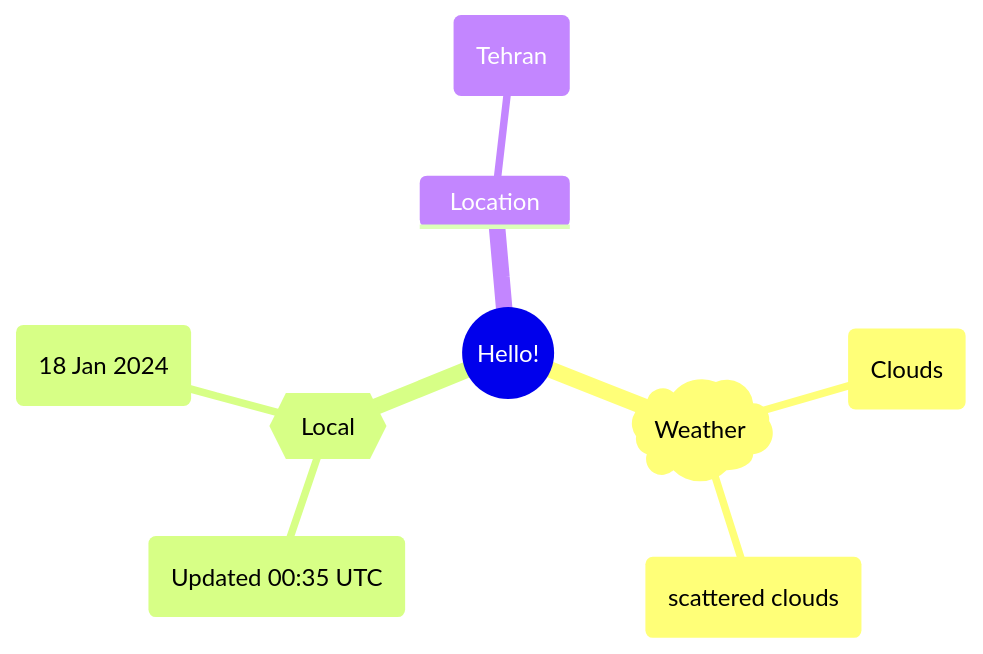
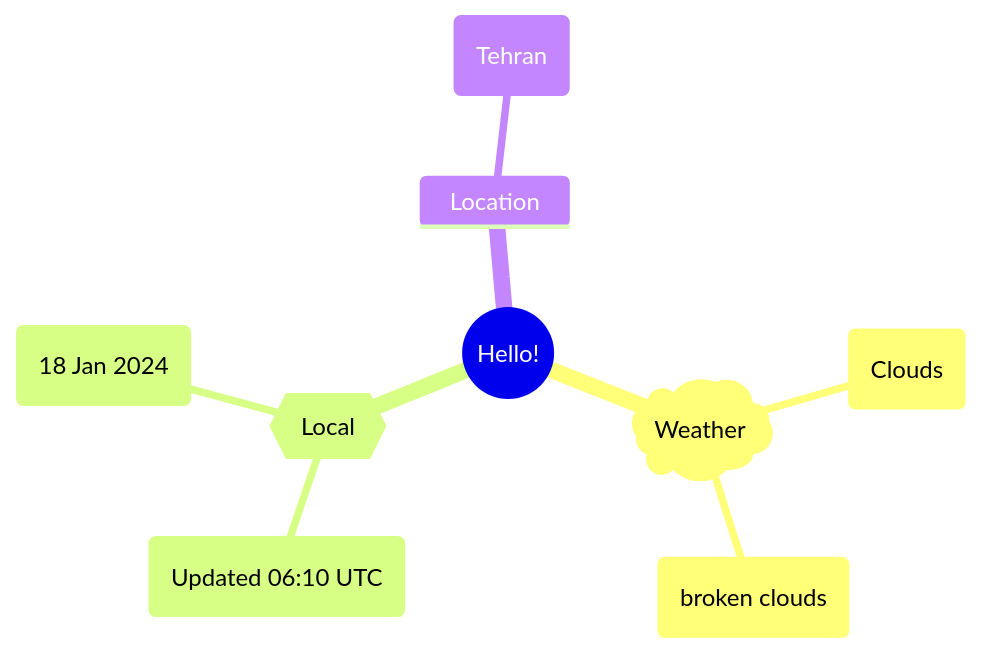
One commit to Xosrov/Xosrov changed the first of 2 diagrams in README.md. Above: the diagram before and after it, drawn with Mermaid.

Commit message:
[bot] updated images

````diff
--- a/README.md
+++ b/README.md
@@ -3,12 +3,12 @@
 ```mermaid
 mindmap
   root((Hello!))
     )Weather(
         (Clouds)
-        (scattered clouds)
+        (broken clouds)
     {{Local}}
-        (Updated 00:35 UTC)
+        (Updated 06:10 UTC)
         (18 Jan 2024)
     Location
         (Tehran)
 ```
````
